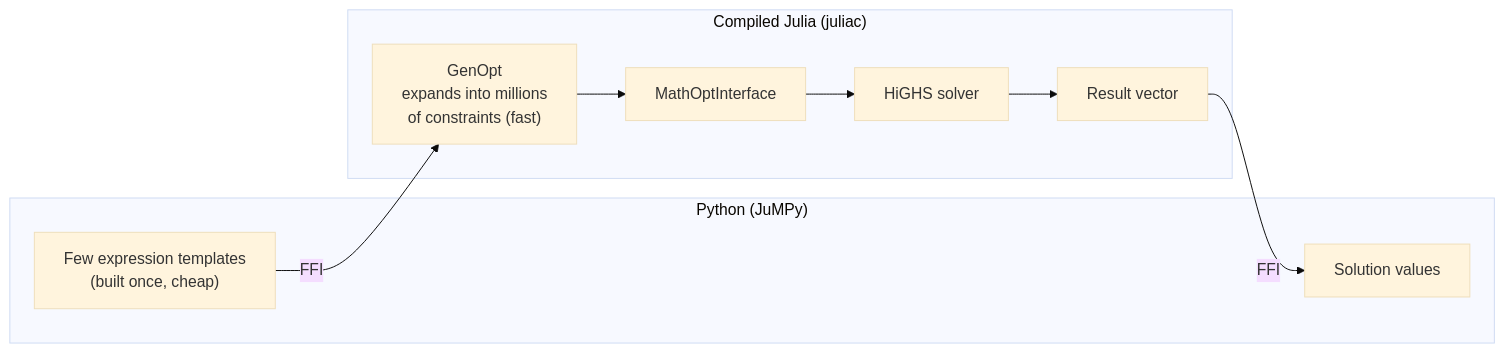
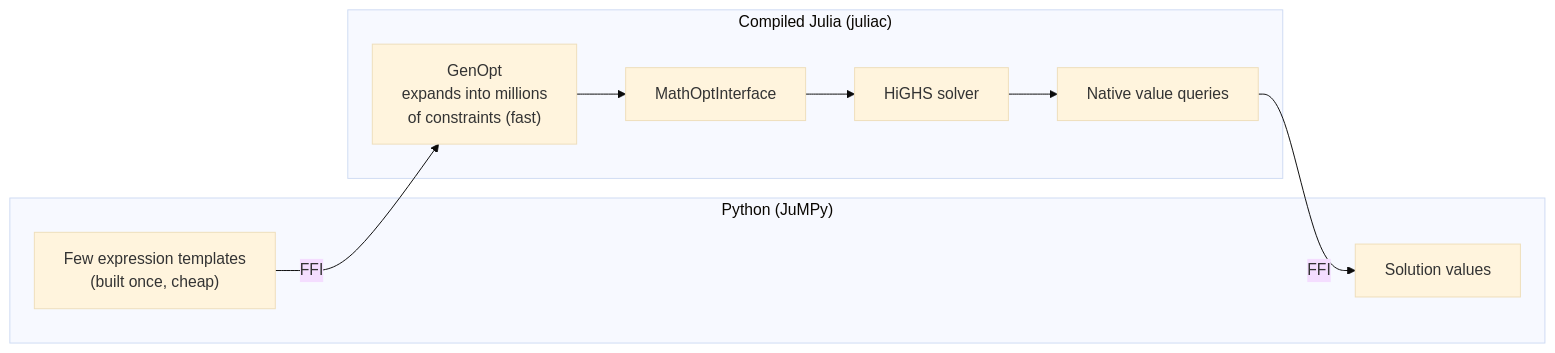
The diagram in README.md (NexOR-Optimization/JuMPy), drawn with Mermaid (base theme) before and after one commit. The commit also changed other lines of this file and 19 other files, not shown here.

````diff
--- a/README.md
+++ b/README.md
@@ -16,19 +16,19 @@
 ```mermaid
 flowchart LR
     subgraph Python ["Python (JuMPy)"]
         templates["Few expression templates\n(built once, cheap)"]
         solution["Solution values"]
     end
 
     subgraph Julia ["Compiled Julia (juliac)"]
         genopt["GenOpt\nexpands into millions\nof constraints (fast)"]
         moi["MathOptInterface"]
         highs["HiGHS solver"]
-        result["Result vector"]
+        result["Native value queries"]
 
         genopt --> moi --> highs --> result
     end
 
     templates -- "FFI" --> genopt
     result -- "FFI" --> solution
 ```
````
